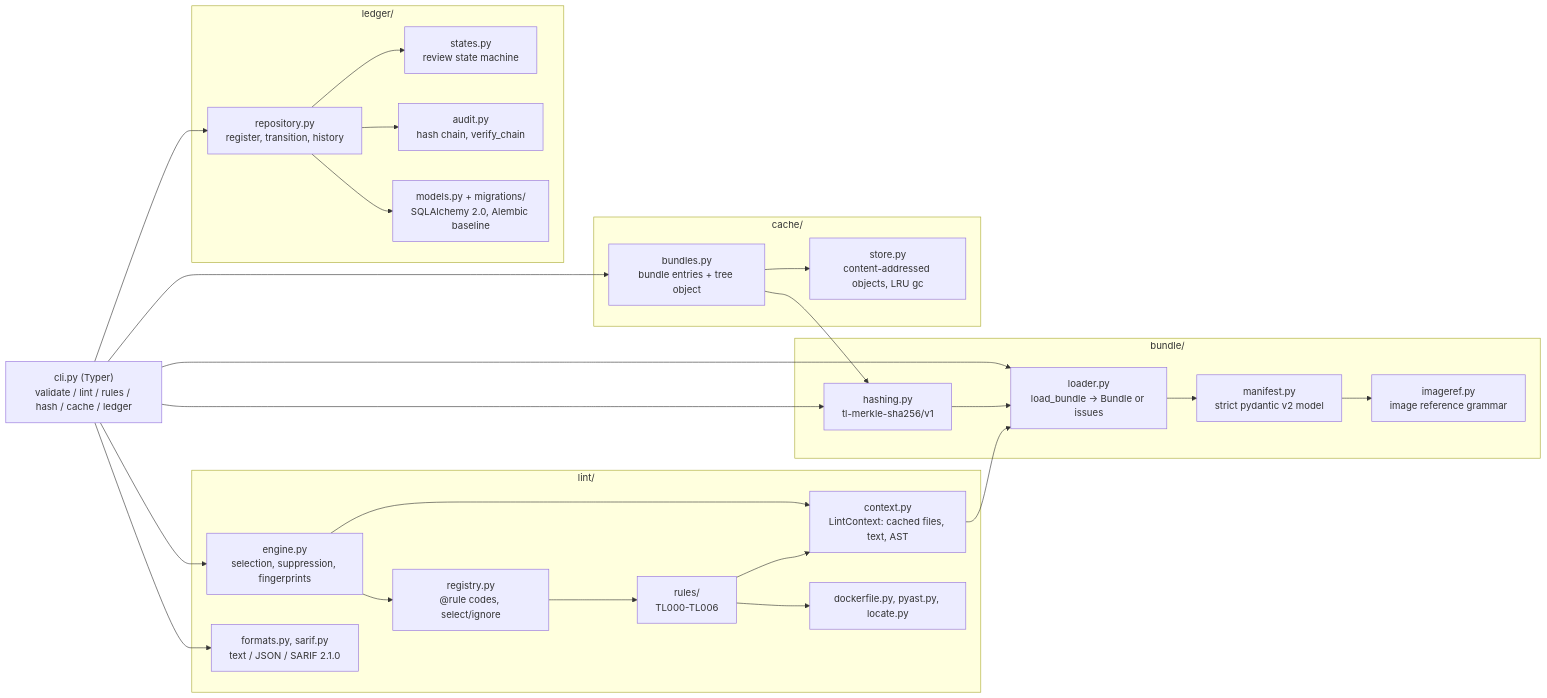
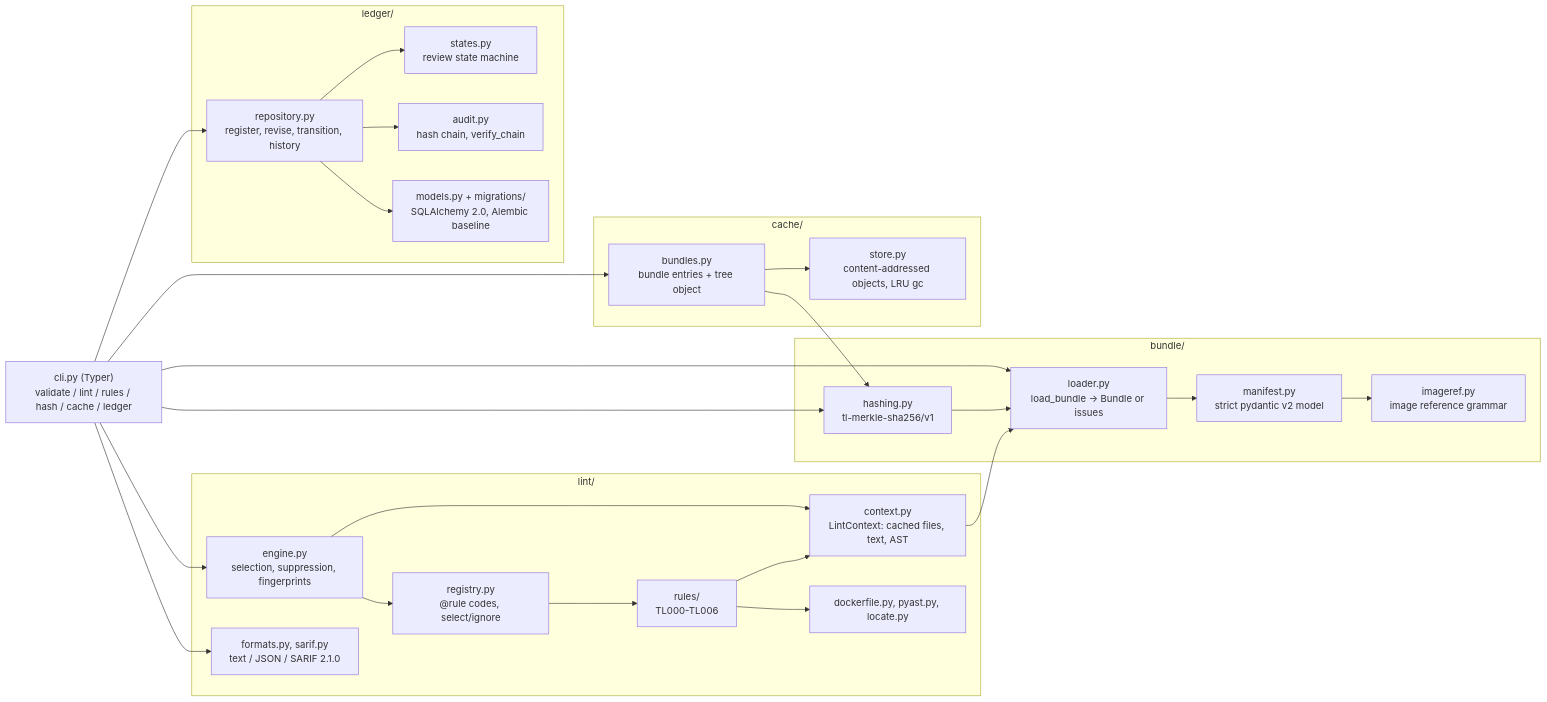
The diagram in README.md (vipul21435/taskledger), drawn with Mermaid before and after one commit. The commit also changed other lines of this file and 6 other files, not shown here.

````diff
--- a/README.md
+++ b/README.md
@@ -362,49 +377,49 @@
 ```mermaid
 flowchart LR
     CLI["cli.py (Typer)<br/>validate / lint / rules / hash / cache / ledger"]
 
     subgraph bundle["bundle/"]
         Loader["loader.py<br/>load_bundle -> Bundle or issues"]
         Manifest["manifest.py<br/>strict pydantic v2 model"]
         ImageRef["imageref.py<br/>image reference grammar"]
         Hasher["hashing.py<br/>tl-merkle-sha256/v1"]
     end
 
     subgraph lint["lint/"]
         Engine["engine.py<br/>selection, suppression, fingerprints"]
         Registry["registry.py<br/>@rule codes, select/ignore"]
         Context["context.py<br/>LintContext: cached files, text, AST"]
         Rules["rules/<br/>TL000-TL006"]
         Helpers["dockerfile.py, pyast.py, locate.py"]
         Formats["formats.py, sarif.py<br/>text / JSON / SARIF 2.1.0"]
     end
 
     subgraph cache["cache/"]
         Store["store.py<br/>content-addressed objects, LRU gc"]
         BundleCache["bundles.py<br/>bundle entries + tree object"]
     end
 
     subgraph ledger["ledger/"]
-        Repo["repository.py<br/>register, transition, history"]
+        Repo["repository.py<br/>register, revise, transition, history"]
         States["states.py<br/>review state machine"]
         Audit["audit.py<br/>hash chain, verify_chain"]
         Models["models.py + migrations/<br/>SQLAlchemy 2.0, Alembic baseline"]
     end
 
     CLI --> Loader
     CLI --> BundleCache --> Store
     BundleCache --> Hasher
     CLI --> Repo
     Repo --> States
     Repo --> Audit
     Repo --> Models
     CLI --> Hasher
     CLI --> Engine
     CLI --> Formats
     Loader --> Manifest --> ImageRef
     Hasher --> Loader
     Engine --> Registry --> Rules
     Engine --> Context --> Loader
     Rules --> Context
     Rules --> Helpers
 ```
````
